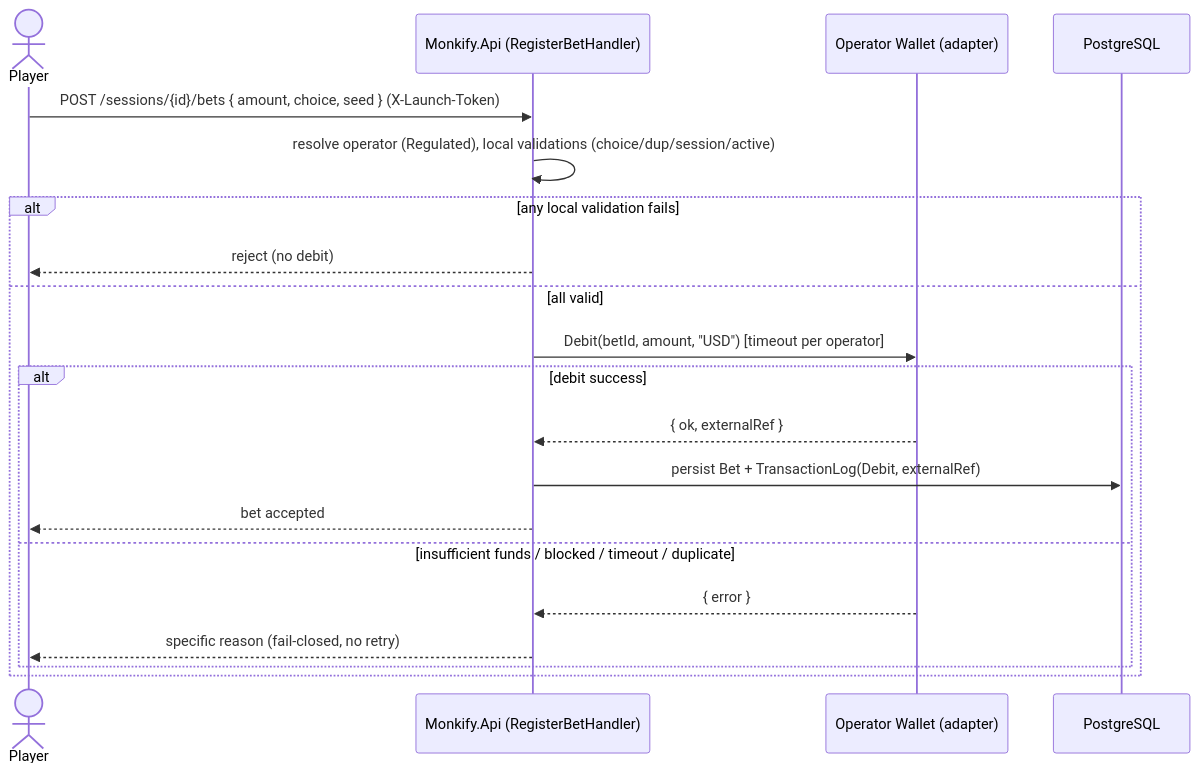
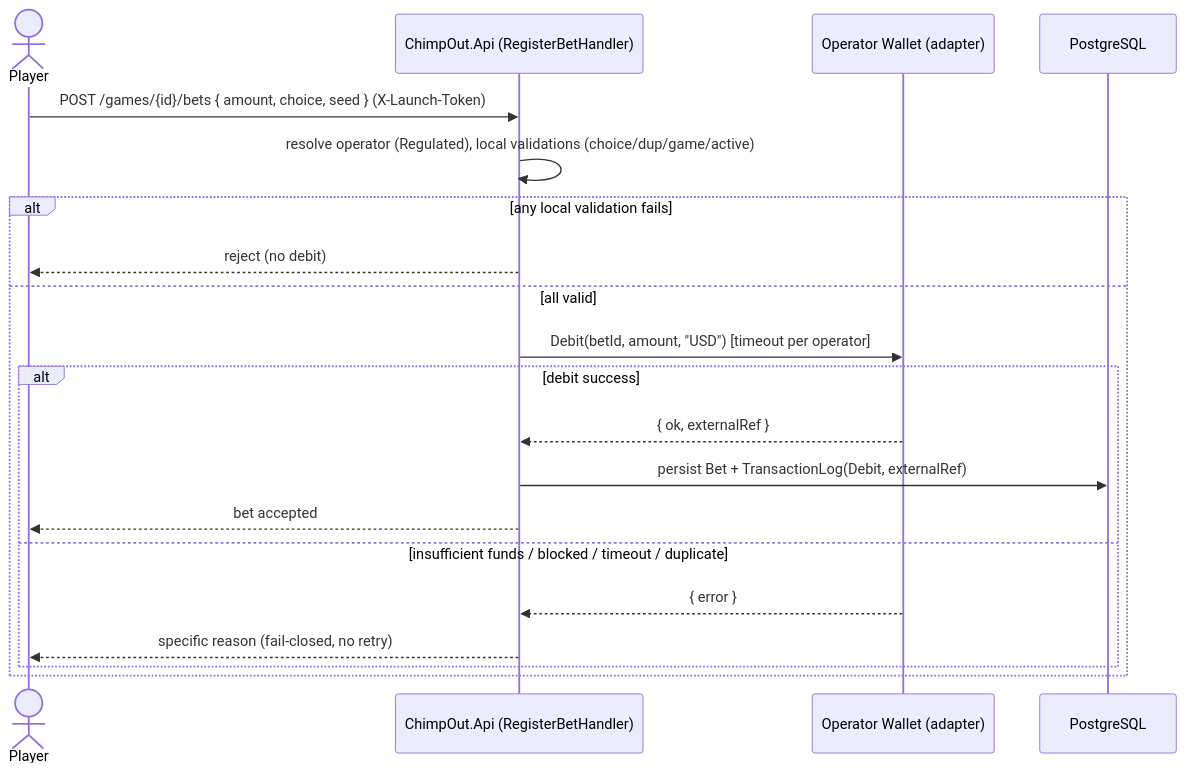
Before and after one commit to marcusruas/monkify-meta: the second of 3 diagrams in specs/operator-wallet-api.md, drawn with Mermaid. The commit also changed other lines of this file and 57 other files, not shown here.

First line of the commit message:
Rebrand: Monkify->ChimpOut, Session->Game in KB prose (monkify-meta)

````diff
--- a/specs/operator-wallet-api.md
+++ b/specs/operator-wallet-api.md
@@ -389,23 +389,23 @@
 ```mermaid
 sequenceDiagram
     actor Player
-    participant API as Monkify.Api (RegisterBetHandler)
+    participant API as ChimpOut.Api (RegisterBetHandler)
     participant W as Operator Wallet (adapter)
     participant DB as PostgreSQL
 
-    Player->>API: POST /sessions/{id}/bets { amount, choice, seed }  (X-Launch-Token)
-    API->>API: resolve operator (Regulated), local validations (choice/dup/session/active)
+    Player->>API: POST /games/{id}/bets { amount, choice, seed }  (X-Launch-Token)
+    API->>API: resolve operator (Regulated), local validations (choice/dup/game/active)
     alt any local validation fails
         API-->>Player: reject (no debit)
     else all valid
         API->>W: Debit(betId, amount, "USD")   [timeout per operator]
         alt debit success
             W-->>API: { ok, externalRef }
             API->>DB: persist Bet + TransactionLog(Debit, externalRef)
             API-->>Player: bet accepted
         else insufficient funds / blocked / timeout / duplicate
             W-->>API: { error }
             API-->>Player: specific reason (fail-closed, no retry)
         end
     end
 ```
````
